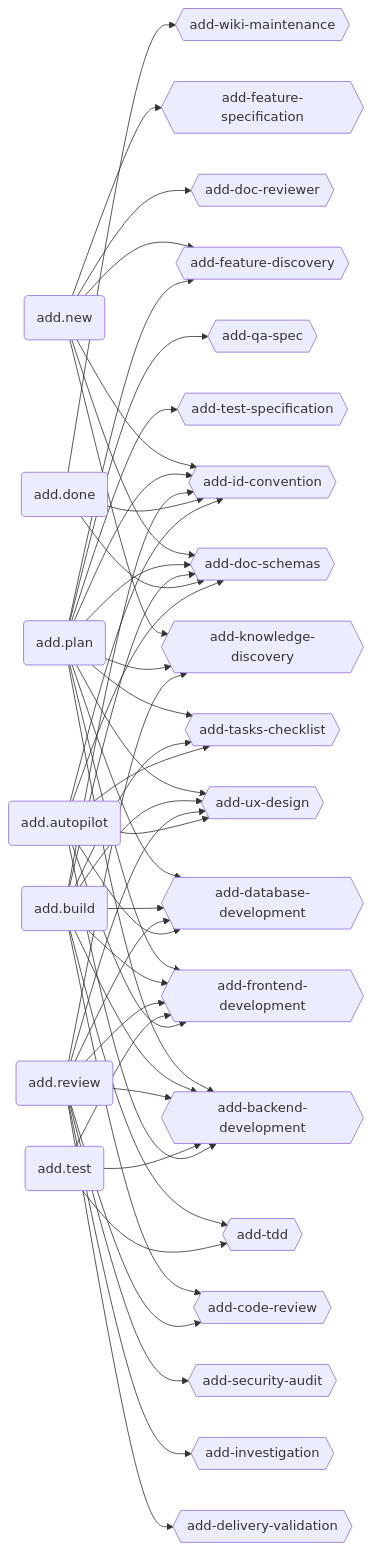
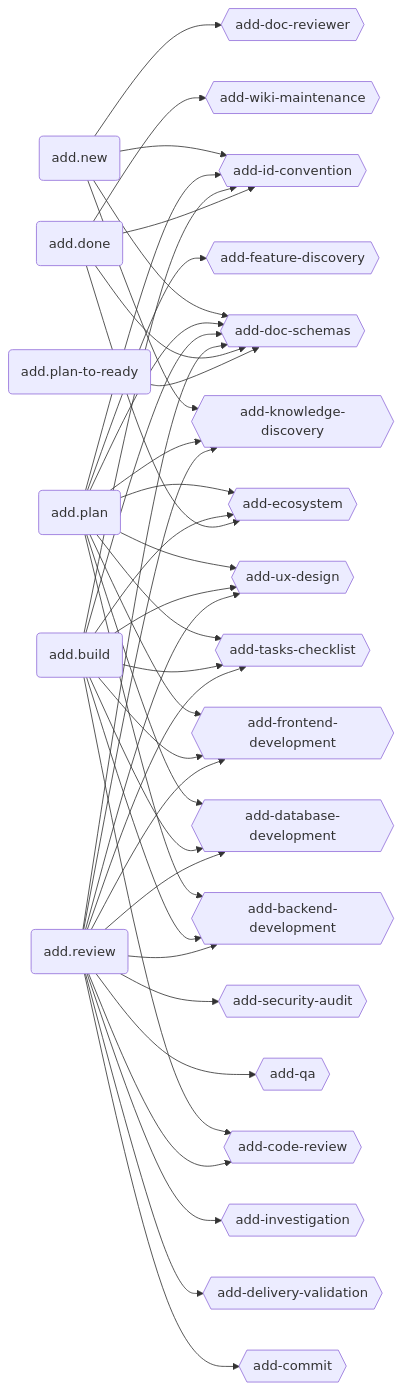
One commit to brabos-ai/code-addiction changed the first of 3 diagrams in ecosystem.md. Above: the diagram before and after it, drawn with Mermaid. The commit also changed other lines of this file and 14 other files, not shown here.

First line of the commit message:
feat: replace autopilot with plan-to-ready loop; absorb qa/test into review

````diff
--- a/ecosystem.md
+++ b/ecosystem.md
@@ -8,38 +8,35 @@
 ```mermaid
 graph LR
   NEW(add.new)
   PLAN(add.plan)
   BUILD(add.build)
   REVIEW(add.review)
   DONE(add.done)
-  TEST(add.test)
-  AUTO(add.autopilot)
+  PLANTOREADY(add.plan-to-ready)
 
-  ADOC{{add-doc-reviewer}}
-  BE{{add-backend-development}}
-  CR{{add-code-review}}
-  DB{{add-database-development}}
-  DS{{add-doc-schemas}}
-  DV{{add-delivery-validation}}
-  FD{{add-feature-discovery}}
-  FE{{add-frontend-development}}
-  FS{{add-feature-specification}}
-  ID{{add-id-convention}}
-  IV{{add-investigation}}
-  KD{{add-knowledge-discovery}}
-  QSPEC{{add-qa-spec}}
-  SA{{add-security-audit}}
-  TC{{add-tasks-checklist}}
-  TDD{{add-tdd}}
-  TSPEC{{add-test-specification}}
-  UX{{add-ux-design}}
-  WM{{add-wiki-maintenance}}
+  BADE{{add-backend-development}}
+  CORE{{add-code-review}}
+  CO{{add-commit}}
+  DADE{{add-database-development}}
+  DEVA{{add-delivery-validation}}
+  DORE{{add-doc-reviewer}}
+  DOSC{{add-doc-schemas}}
+  EC{{add-ecosystem}}
+  FEDI{{add-feature-discovery}}
+  FRDE{{add-frontend-development}}
+  IDCO{{add-id-convention}}
+  IN{{add-investigation}}
+  KNDI{{add-knowledge-discovery}}
+  QA{{add-qa}}
+  SEAU{{add-security-audit}}
+  TACH{{add-tasks-checklist}}
+  UXDE{{add-ux-design}}
+  WIMA{{add-wiki-maintenance}}
 
-  NEW --> DS & ID & ADOC & KD & FD & FS
-  PLAN --> DS & ID & KD & TC & BE & DB & FE & FD & UX & TSPEC & QSPEC
-  BUILD --> DS & ID & TC & BE & CR & DB & FE & UX & TDD
-  REVIEW --> BE & CR & DB & DV & FE & IV & KD & SA & UX
-  DONE --> DS & ID & WM
-  TEST --> BE & FE & TDD
-  AUTO --> DS & ID & TC & BE & DB & FE & UX
+  NEW --> DORE & DOSC & IDCO & KNDI
+  PLAN --> BADE & DADE & DOSC & EC & FEDI & FRDE & IDCO & KNDI & TACH & UXDE
+  BUILD --> BADE & CORE & DADE & DOSC & EC & FRDE & IDCO & TACH & UXDE
+  REVIEW --> BADE & CORE & CO & DADE & DEVA & DOSC & FRDE & IN & KNDI & QA & SEAU & TACH & UXDE
+  DONE --> DOSC & EC & IDCO & WIMA
+  PLANTOREADY --> DOSC
 ```
````
